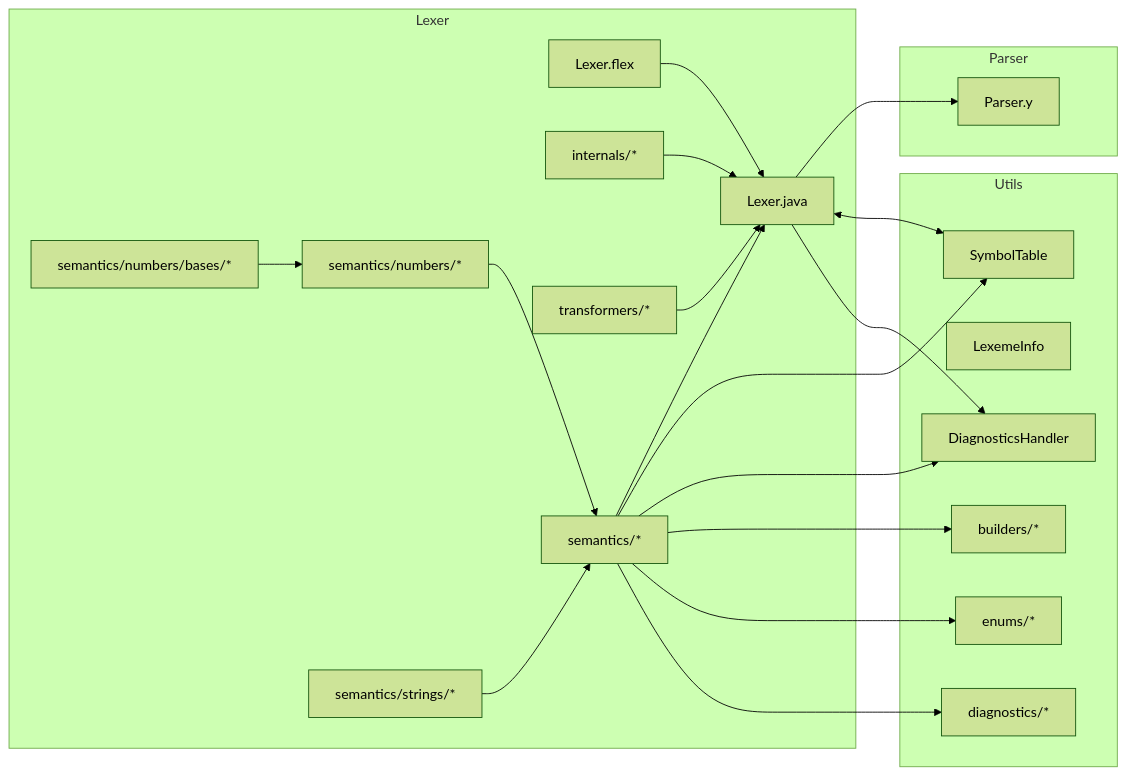
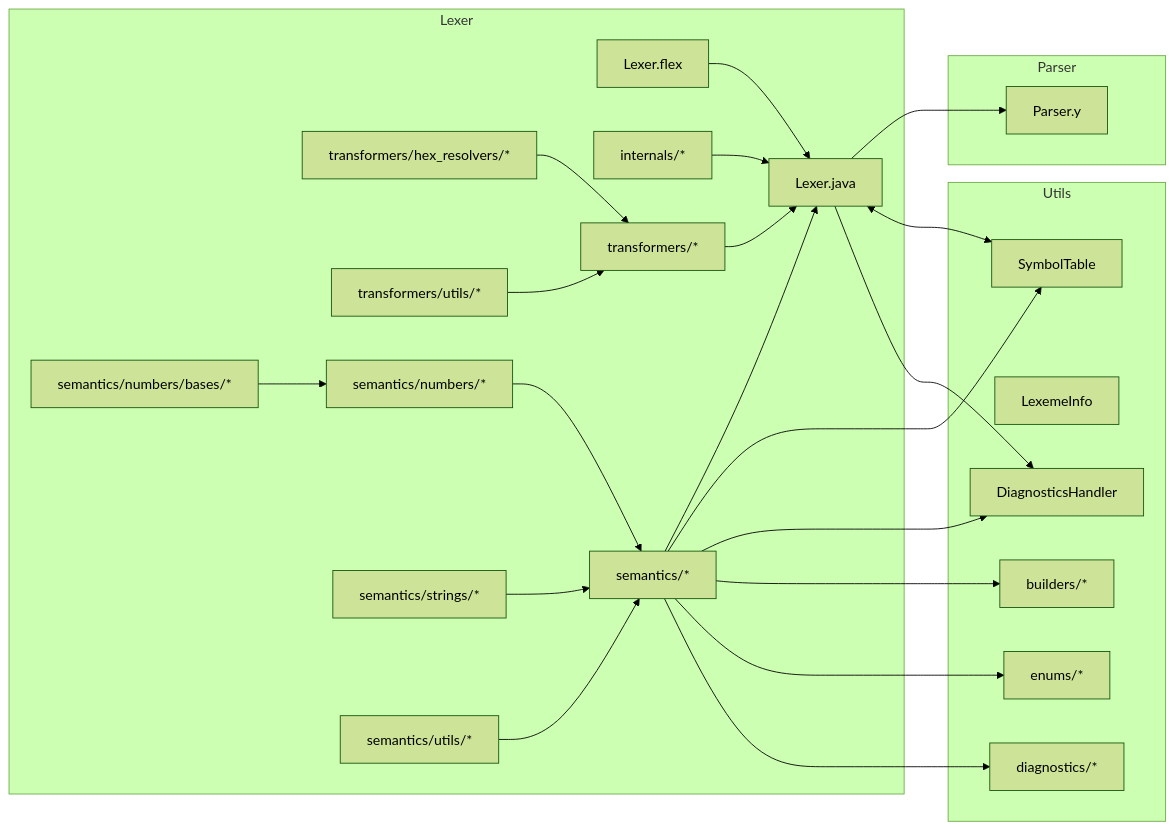
The first of 3 diagrams in doc/modules/lexer.md (PascalUser/FLC-IEC61131-7), drawn with Mermaid (forest theme) before and after one commit. The commit also changed other lines of this file and 37 other files, not shown here.

Commit message:
Correcciones en el HARDNESS sobre los gráficos Mermaid

````diff
--- a/doc/modules/lexer.md
+++ b/doc/modules/lexer.md
@@ -11,40 +11,46 @@
 ```mermaid
 flowchart LR
     subgraph Lexer
         LF[Lexer.flex]
         LJ[Lexer.java]
         LI[internals/*]
         LT[transformers/*]
+        LTH[transformers/hex_resolvers/*]
+        LTU[transformers/utils/*]
         LS[semantics/*]
         LSN[semantics/numbers/*]
         LSB[semantics/numbers/bases/*]
         LSS[semantics/strings/*]
+        LSU[semantics/utils/*]
     end
     subgraph Parser
         P1[Parser.y]
     end
     subgraph Utils
         U1[SymbolTable]
         U2[LexemeInfo]
         U3[DiagnosticsHandler]
         U4[builders/*]
         U5[enums/*]
         U6[diagnostics/*]
     end
 
     LF --> LJ
     LI --> LJ
     LT --> LJ
+    LTH --> LT
+    LTU --> LT
     LS --> LJ
     LSN --> LS
     LSB --> LSN
     LSS --> LS
+    LSU --> LS
     LJ --> P1
     LJ <--> U1
     LJ --> U3
     LS --> U1
     LS --> U3
     LS --> U4
     LS --> U5
     LS --> U6
 ```
````
